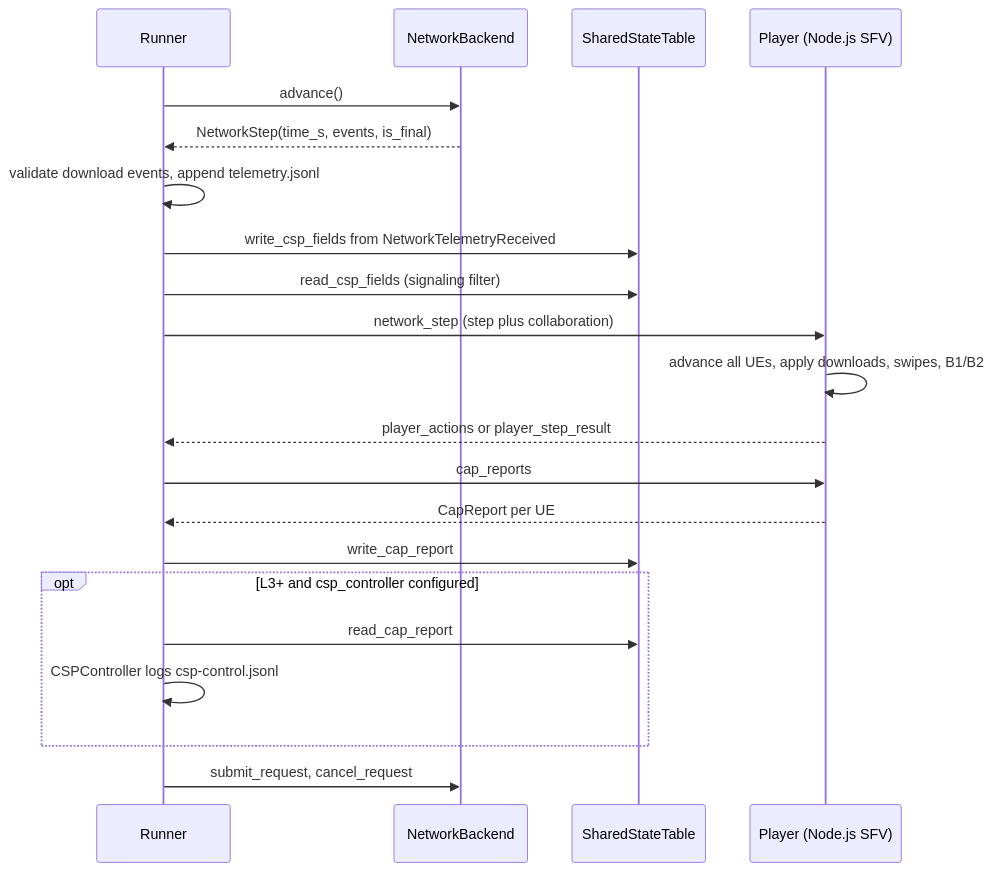
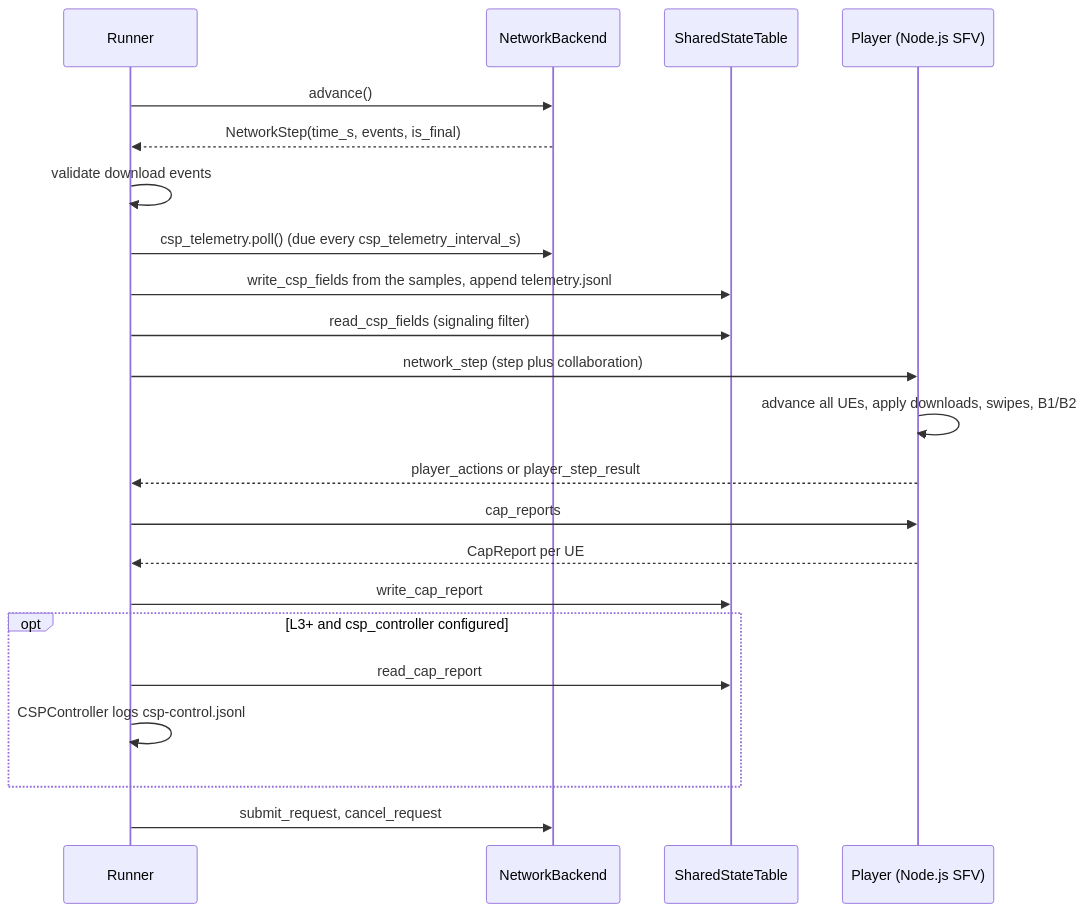
The second of 5 diagrams in docs/architecture.md (VQEG/cap-csp-collaboration-test-pilot), drawn with Mermaid before and after one commit. The commit also changed other lines of this file and 12 other files, not shown here.

First line of the commit message:
feat(collaboration): sample CSP telemetry beside the NetworkStep

````diff
--- a/docs/architecture.md
+++ b/docs/architecture.md
@@ -96,23 +96,24 @@
 ```mermaid
 sequenceDiagram
     participant R as Runner
     participant B as NetworkBackend
     participant T as SharedStateTable
     participant P as Player (Node.js SFV)
     R->>B: advance()
     B-->>R: NetworkStep(time_s, events, is_final)
-    R->>R: validate download events, append telemetry.jsonl
-    R->>T: write_csp_fields from NetworkTelemetryReceived
+    R->>R: validate download events
+    R->>B: csp_telemetry.poll() (due every csp_telemetry_interval_s)
+    R->>T: write_csp_fields from the samples, append telemetry.jsonl
     R->>T: read_csp_fields (signaling filter)
     R->>P: network_step (step plus collaboration)
     P->>P: advance all UEs, apply downloads, swipes, B1/B2
     P-->>R: player_actions or player_step_result
     R->>P: cap_reports
     P-->>R: CapReport per UE
     R->>T: write_cap_report
     opt L3+ and csp_controller configured
         R->>T: read_cap_report
         R->>R: CSPController logs csp-control.jsonl
     end
     R->>B: submit_request, cancel_request
 ```
````
